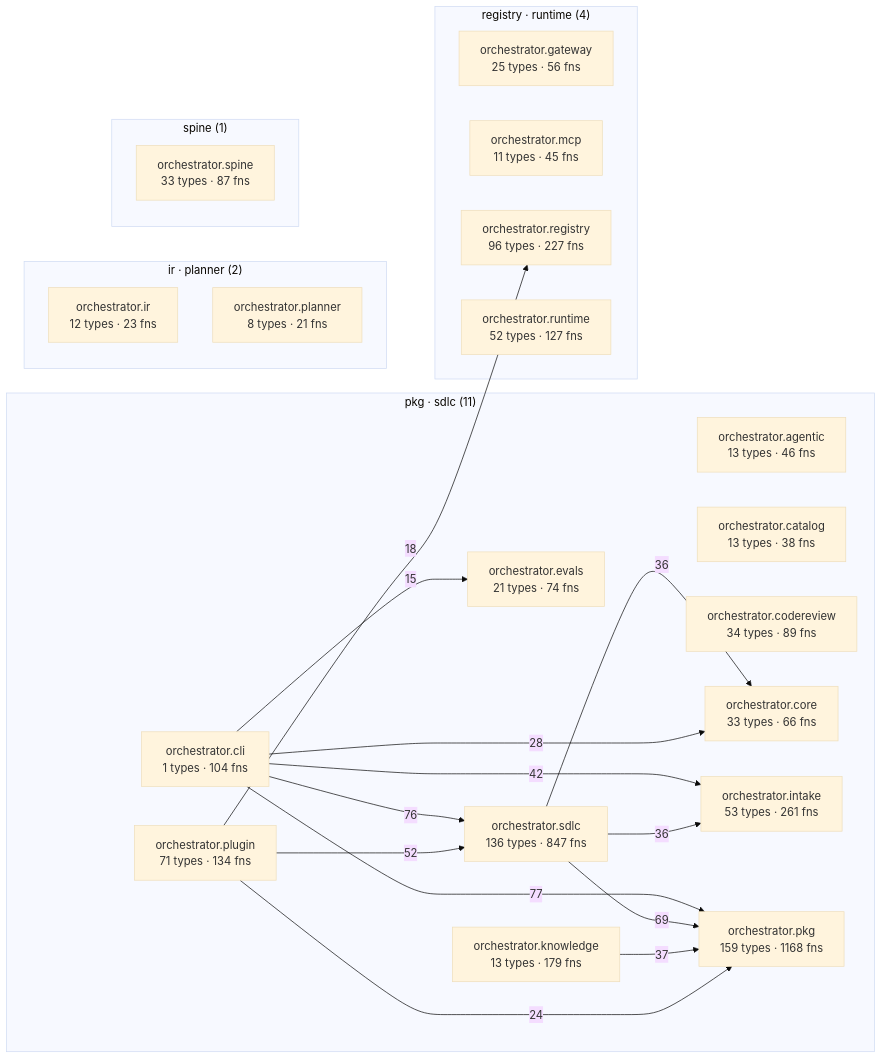
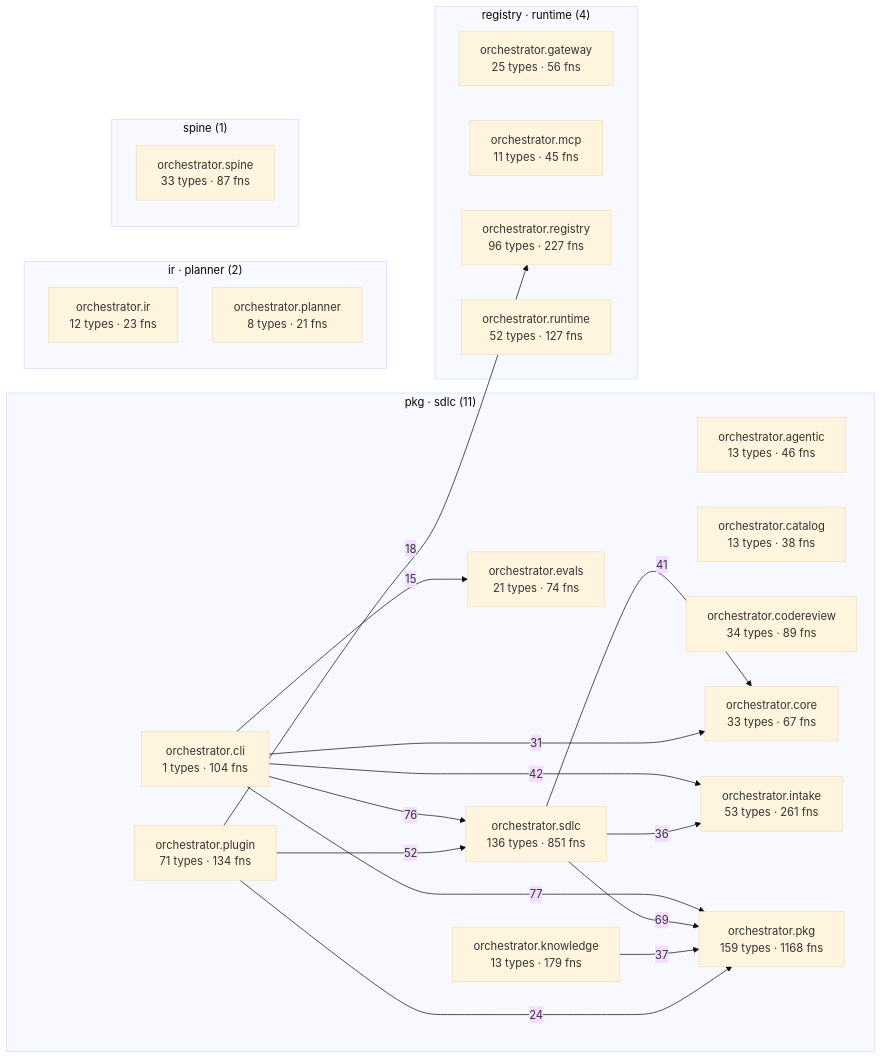
The diagram in episteme/architecture.md (synaptixs/spine), drawn with Mermaid (base theme) before and after one commit. The commit also changed other lines of this file and 24 other files, not shown here.

````diff
--- a/episteme/architecture.md
+++ b/episteme/architecture.md
@@ -55,41 +55,41 @@
 ```mermaid
 flowchart LR
   subgraph c_2["pkg · sdlc (11)"]
     aorchestratoragentic["orchestrator.agentic<br/>13 types · 46 fns"]
     aorchestratorcatalog["orchestrator.catalog<br/>13 types · 38 fns"]
     aorchestratorcli["orchestrator.cli<br/>1 types · 104 fns"]
     aorchestratorcodereview["orchestrator.codereview<br/>34 types · 89 fns"]
-    aorchestratorcore["orchestrator.core<br/>33 types · 66 fns"]
+    aorchestratorcore["orchestrator.core<br/>33 types · 67 fns"]
     aorchestratorevals["orchestrator.evals<br/>21 types · 74 fns"]
     aorchestratorintake["orchestrator.intake<br/>53 types · 261 fns"]
     aorchestratorknowledge["orchestrator.knowledge<br/>13 types · 179 fns"]
     aorchestratorpkg["orchestrator.pkg<br/>159 types · 1168 fns"]
     aorchestratorplugin["orchestrator.plugin<br/>71 types · 134 fns"]
-    aorchestratorsdlc["orchestrator.sdlc<br/>136 types · 847 fns"]
+    aorchestratorsdlc["orchestrator.sdlc<br/>136 types · 851 fns"]
   end
   subgraph c_4["registry · runtime (4)"]
     aorchestratorgateway["orchestrator.gateway<br/>25 types · 56 fns"]
     aorchestratormcp["orchestrator.mcp<br/>11 types · 45 fns"]
     aorchestratorregistry["orchestrator.registry<br/>96 types · 227 fns"]
     aorchestratorruntime["orchestrator.runtime<br/>52 types · 127 fns"]
   end
   subgraph c_6["ir · planner (2)"]
     aorchestratorir["orchestrator.ir<br/>12 types · 23 fns"]
     aorchestratorplanner["orchestrator.planner<br/>8 types · 21 fns"]
   end
   subgraph c_11["spine (1)"]
     aorchestratorspine["orchestrator.spine<br/>33 types · 87 fns"]
   end
   aorchestratorcli -->|77| aorchestratorpkg
   aorchestratorcli -->|76| aorchestratorsdlc
   aorchestratorsdlc -->|69| aorchestratorpkg
   aorchestratorplugin -->|52| aorchestratorsdlc
   aorchestratorcli -->|42| aorchestratorintake
+  aorchestratorsdlc -->|41| aorchestratorcore
   aorchestratorknowledge -->|37| aorchestratorpkg
-  aorchestratorsdlc -->|36| aorchestratorcore
   aorchestratorsdlc -->|36| aorchestratorintake
-  aorchestratorcli -->|28| aorchestratorcore
+  aorchestratorcli -->|31| aorchestratorcore
   aorchestratorplugin -->|24| aorchestratorpkg
   aorchestratorplugin -->|18| aorchestratorregistry
   aorchestratorcli -->|15| aorchestratorevals
 ```
````
